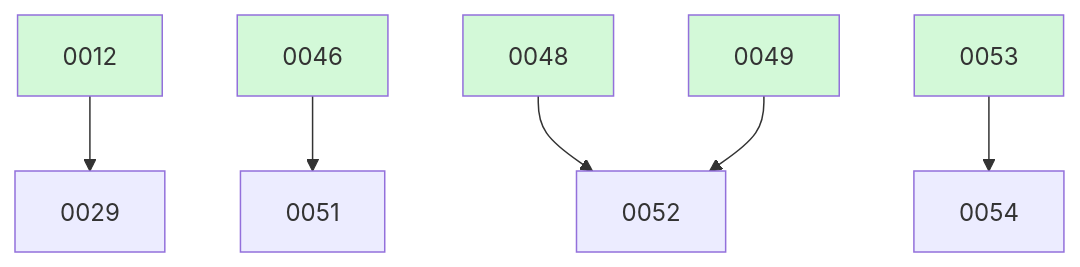
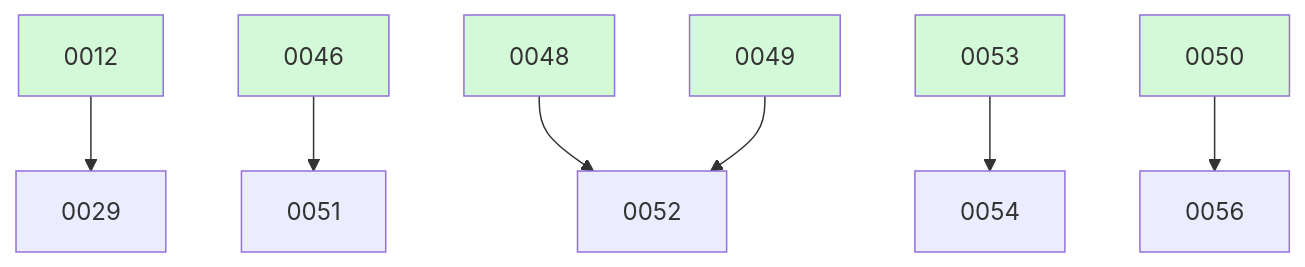
The diagram in docs/changes/BOARD.md (ethanhinson/fuse), drawn with Mermaid before and after one commit. The commit also changed other lines of this file, not shown here.

````diff
--- a/docs/changes/BOARD.md
+++ b/docs/changes/BOARD.md
@@ -19,14 +20,16 @@
 ```mermaid
 graph TD
   0012 --> 0029
   0046 --> 0051
   0048 --> 0052
   0049 --> 0052
   0053 --> 0054
+  0050 --> 0056
   0012:::done
   0046:::done
   0048:::done
   0049:::done
+  0050:::done
   0053:::done
   classDef done fill:#d3f9d8;
 ```
````
